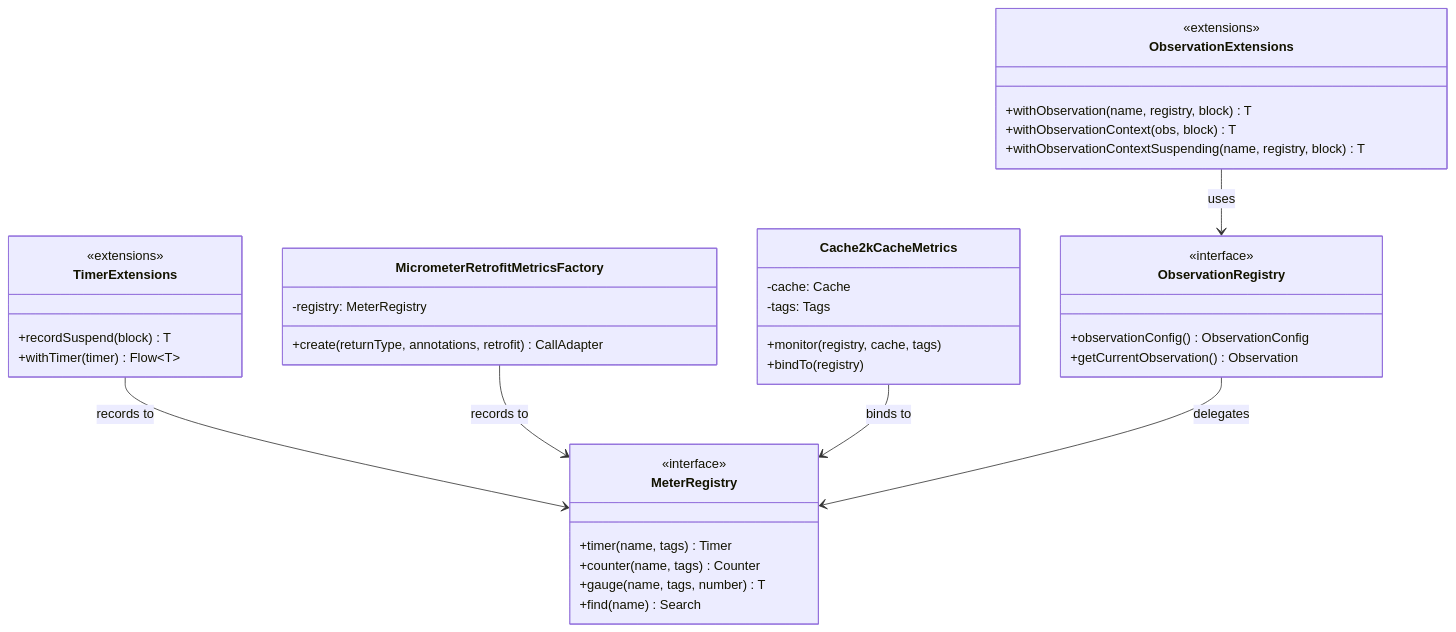
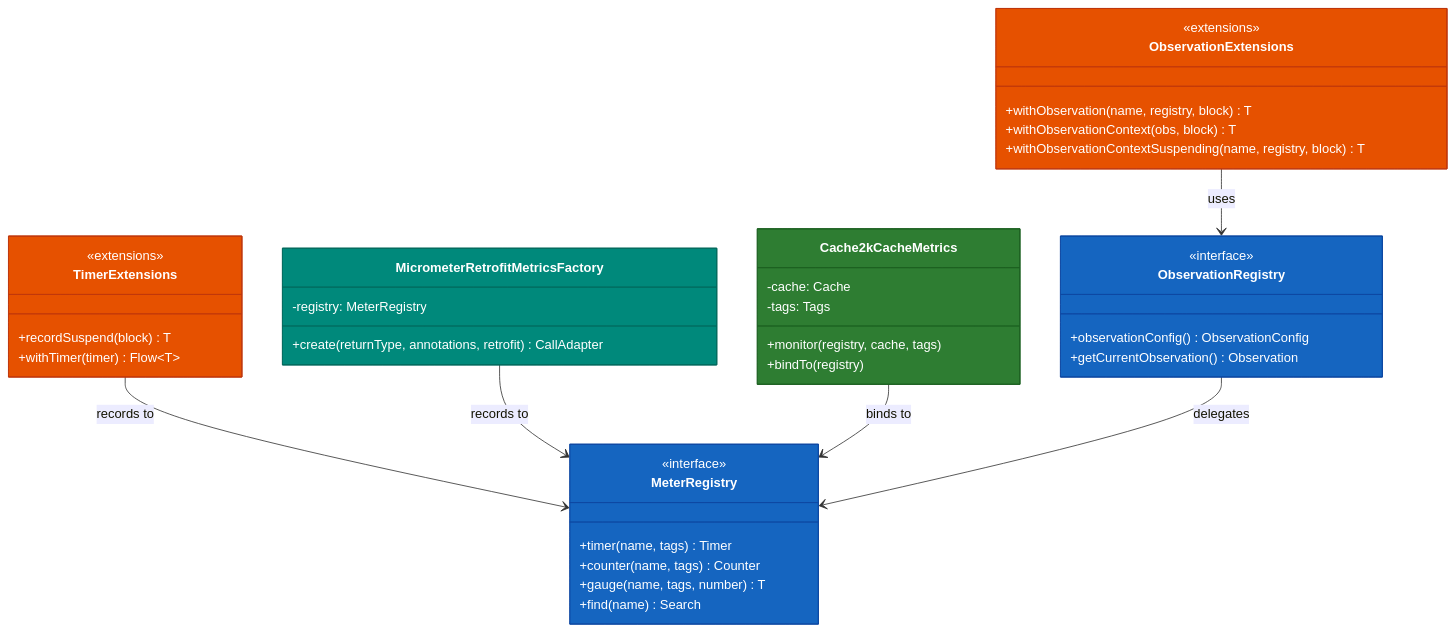
The first of 4 diagrams in infra/micrometer/README.ko.md (bluetape4k/bluetape4k-projects), drawn with Mermaid before and after one commit. The commit also changed other lines of this file and 221 other files, not shown here.

First line of the commit message:
docs: 전체 모듈 README UML 다이어그램 보강 및 색상 업그레이드

````diff
--- a/infra/micrometer/README.ko.md
+++ b/infra/micrometer/README.ko.md
@@ -237,48 +237,55 @@
 ```mermaid
 classDiagram
     class TimerExtensions {
         <<extensions>>
         +recordSuspend(block) T
         +withTimer(timer) Flow~T~
     }
 
     class ObservationExtensions {
         <<extensions>>
         +withObservation(name, registry, block) T
         +withObservationContext(obs, block) T
         +withObservationContextSuspending(name, registry, block) T
     }
 
     class MicrometerRetrofitMetricsFactory {
         -registry: MeterRegistry
         +create(returnType, annotations, retrofit) CallAdapter
     }
 
     class Cache2kCacheMetrics {
         -cache: Cache
         -tags: Tags
         +monitor(registry, cache, tags)
         +bindTo(registry)
     }
 
     class MeterRegistry {
         <<interface>>
         +timer(name, tags) Timer
         +counter(name, tags) Counter
         +gauge(name, tags, number) T
         +find(name) Search
     }
 
     class ObservationRegistry {
         <<interface>>
         +observationConfig() ObservationConfig
         +getCurrentObservation() Observation
     }
 
     TimerExtensions --> MeterRegistry: records to
     ObservationExtensions --> ObservationRegistry: uses
     MicrometerRetrofitMetricsFactory --> MeterRegistry: records to
     Cache2kCacheMetrics --> MeterRegistry: binds to
     ObservationRegistry --> MeterRegistry: delegates
 
+    style TimerExtensions fill:#E65100,stroke:#BF360C,color:#FFFFFF
+    style ObservationExtensions fill:#E65100,stroke:#BF360C,color:#FFFFFF
+    style MicrometerRetrofitMetricsFactory fill:#00897B,stroke:#00695C,color:#FFFFFF
+    style Cache2kCacheMetrics fill:#2E7D32,stroke:#1B5E20,color:#FFFFFF
+    style MeterRegistry fill:#1565C0,stroke:#0D47A1,color:#FFFFFF
+    style ObservationRegistry fill:#1565C0,stroke:#0D47A1,color:#FFFFFF
+
 ```
````
